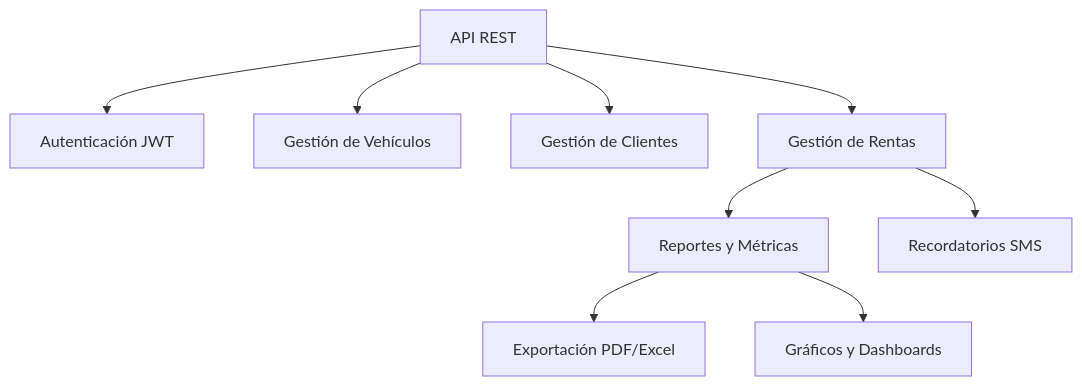
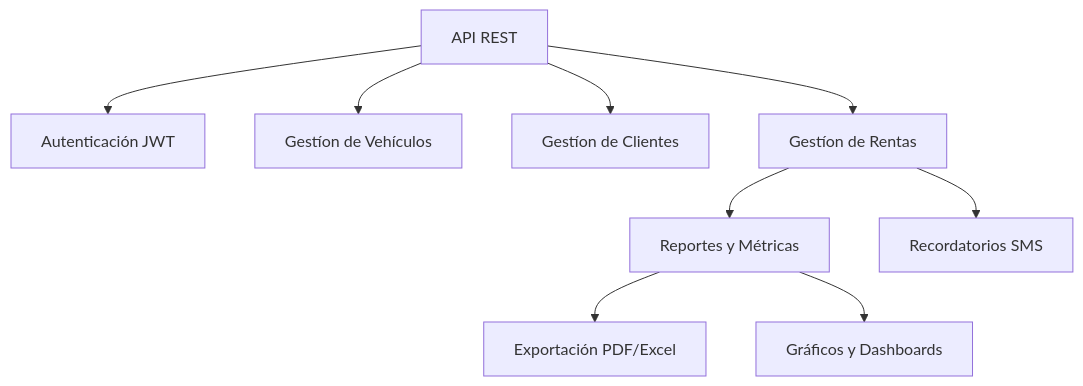
The first of 2 diagrams in README.md (dio-quincarDev/ArrendadoraDeAutos), drawn with Mermaid before and after one commit. The commit also changed other lines of this file, not shown here.

````diff
--- a/README.md
+++ b/README.md
@@ -25,11 +27,11 @@
 ```mermaid
 graph TD
     A[API REST] --> B[Autenticación JWT]
-    A --> C[Gestión de Vehículos]
-    A --> D[Gestión de Clientes]
-    A --> E[Gestión de Rentas]
+    A --> C[Gestíon de Vehículos]
+    A --> D[Gestíon de Clientes]
+    A --> E[Gestíon de Rentas]
     E --> F[Reportes y Métricas]
     E --> G[Recordatorios SMS]
     F --> H[Exportación PDF/Excel]
     F --> I[Gráficos y Dashboards]
 ```
````
